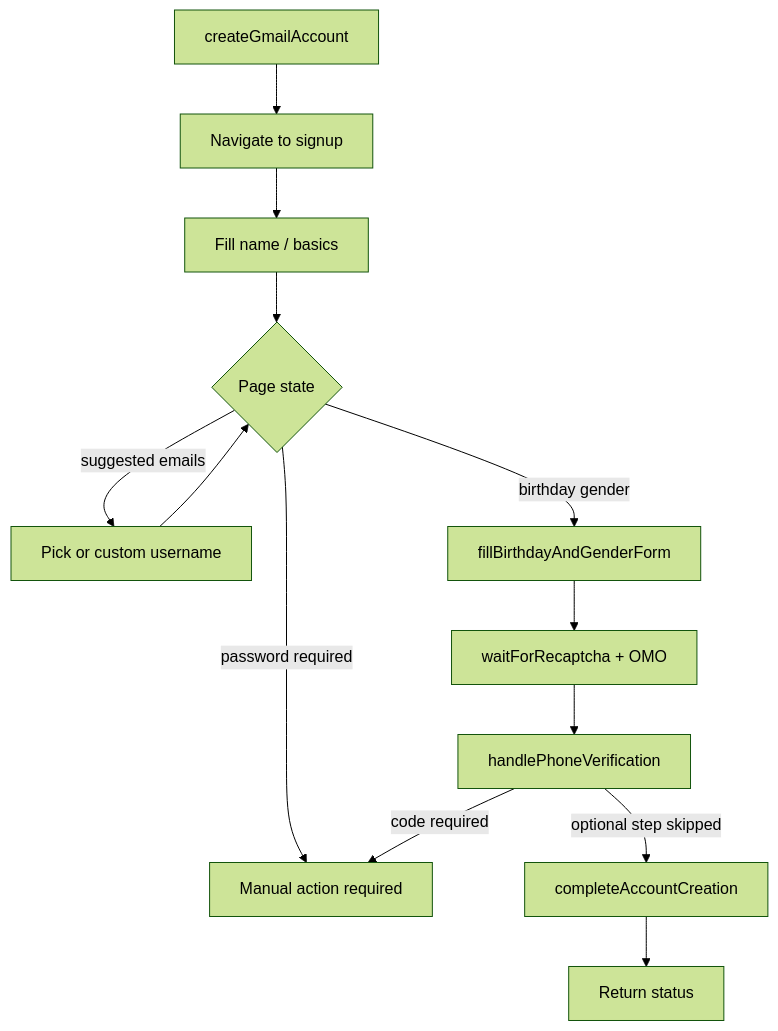
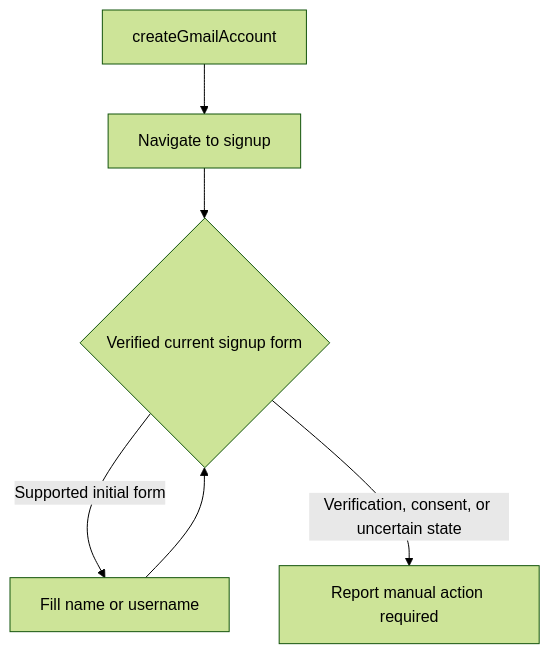
One commit to lihah111222333-cloud/camoufox-profile-suite changed the third of 3 diagrams in README.md. Above: the diagram before and after it, drawn with Mermaid (forest theme). The commit also changed other lines of this file and 87 other files, not shown here.

````diff
--- a/README.md
+++ b/README.md
@@ -186,15 +181,8 @@
 ```mermaid
 flowchart TD
   A[createGmailAccount] --> B[Navigate to signup]
-  B --> C[Fill name / basics]
-  C --> D{Page state}
-  D -->|suggested emails| E[Pick or custom username]
-  D -->|password required| F[Manual action required]
-  D -->|birthday gender| G[fillBirthdayAndGenderForm]
-  E --> D
-  G --> H[waitForRecaptcha + OMO]
-  H --> I[handlePhoneVerification]
-  I -->|optional step skipped| J[completeAccountCreation]
-  I -->|code required| F
-  J --> K[Return status]
+  B --> C{Verified current signup form}
+  C -->|Supported initial form| D[Fill name or username]
+  D --> C
+  C -->|Verification, consent, or uncertain state| E[Report manual action required]
 ```
````
